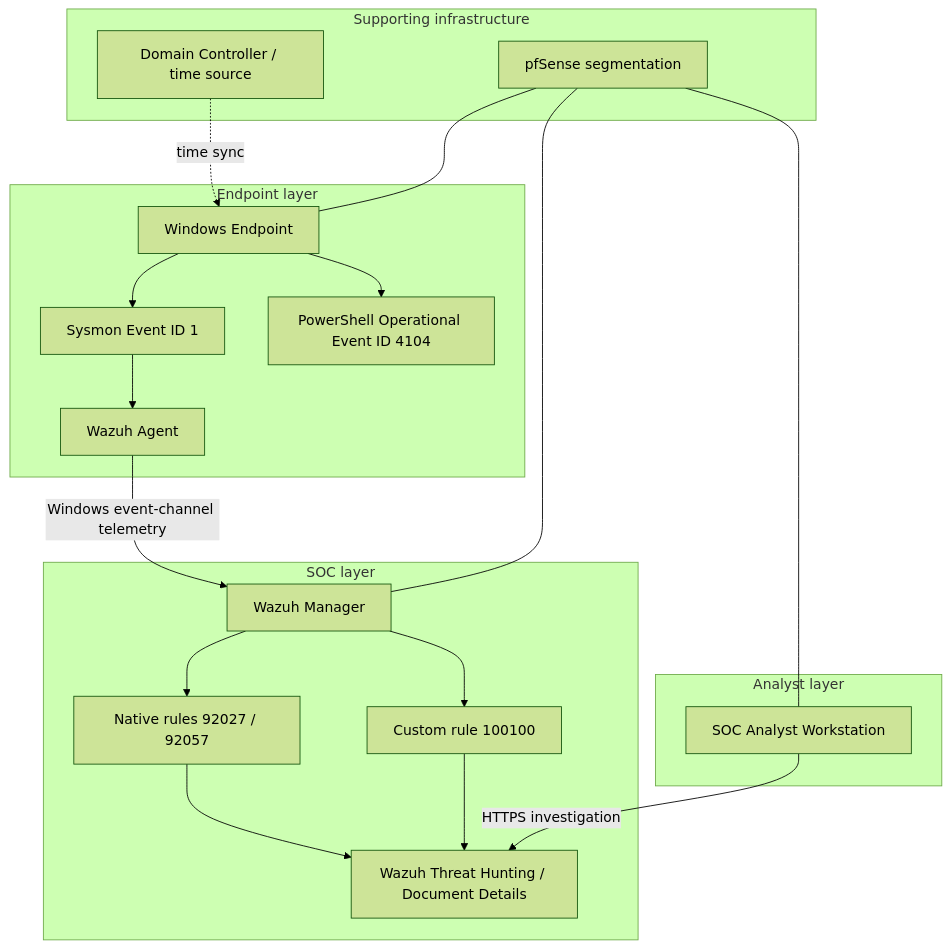
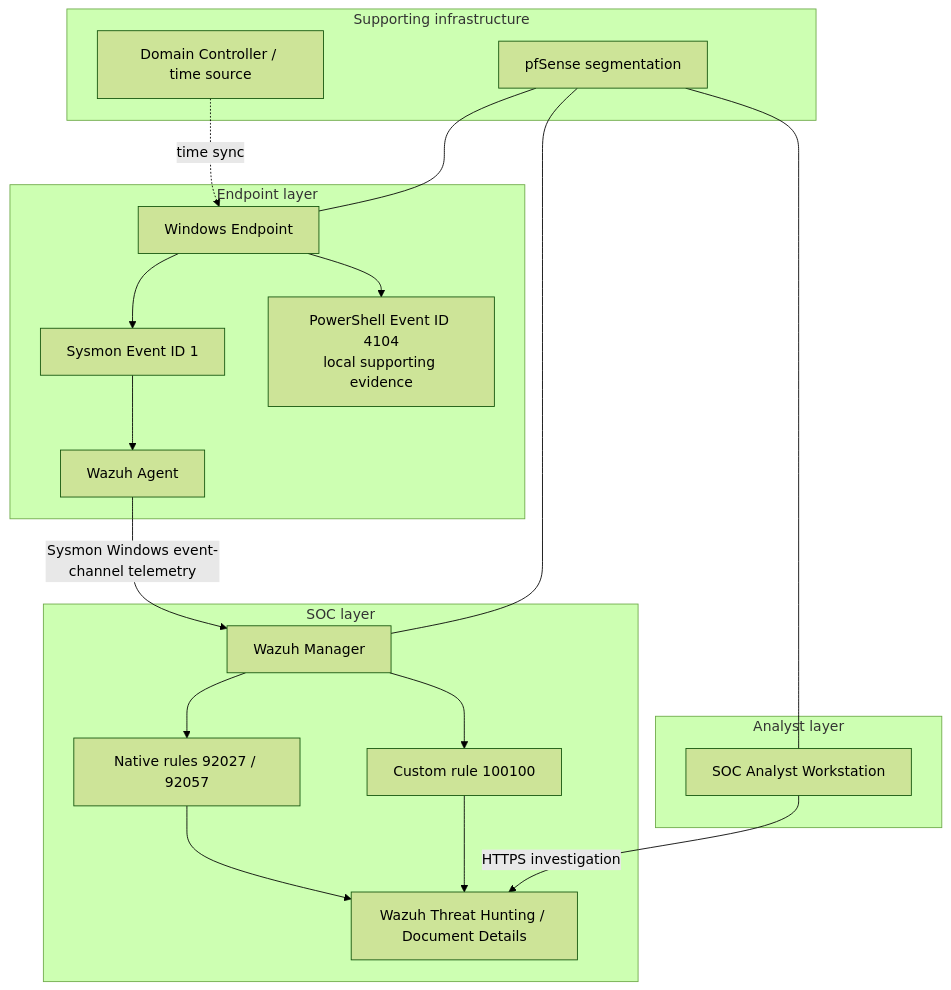
One commit to CarlosGutierrezR/soc-detection-engineering changed the diagram in docs/architecture.md. Above: the diagram before and after it, drawn with Mermaid (forest theme). The commit also changed other lines of this file and 19 other files, not shown here.

````diff
--- a/docs/architecture.md
+++ b/docs/architecture.md
@@ -5,40 +5,40 @@
 ```mermaid
 flowchart TB
     subgraph Analyst["Analyst layer"]
         SA[SOC Analyst Workstation]
     end
 
     subgraph Endpoint["Endpoint layer"]
         EP[Windows Endpoint]
         SY[Sysmon Event ID 1]
-        PS[PowerShell Operational Event ID 4104]
+        PS[PowerShell Event ID 4104<br/>local supporting evidence]
         AG[Wazuh Agent]
         EP --> SY
         EP --> PS
         SY --> AG
     end
 
     subgraph SOC["SOC layer"]
         WM[Wazuh Manager]
         NR[Native rules 92027 / 92057]
         CR[Custom rule 100100]
         UI[Wazuh Threat Hunting / Document Details]
         WM --> NR
         WM --> CR
         NR --> UI
         CR --> UI
     end
 
-    AG -->|Windows event-channel telemetry| WM
+    AG -->|Sysmon Windows event-channel telemetry| WM
     SA -->|HTTPS investigation| UI
 
     subgraph Supporting["Supporting infrastructure"]
         FW[pfSense segmentation]
         DC[Domain Controller / time source]
     end
 
     DC -. time sync .-> EP
     FW --- SA
     FW --- EP
     FW --- WM
 ```
````
